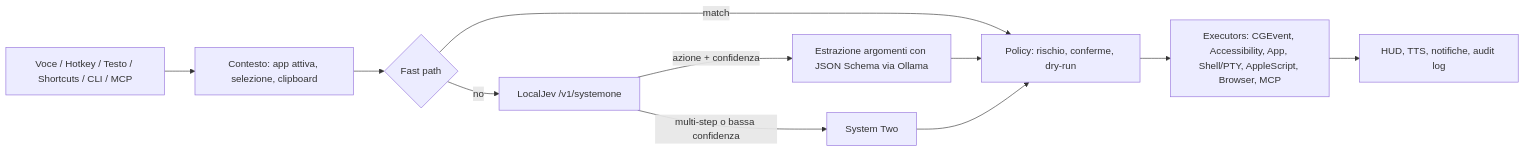
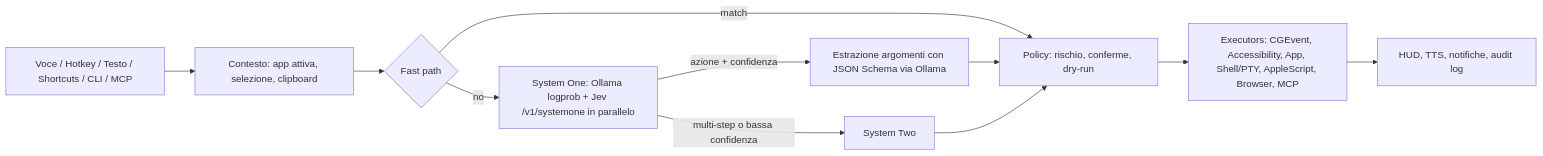
One commit to Carassale/redos changed the second of 2 diagrams in docs/PLAN.md. Above: the diagram before and after it, drawn with Mermaid. The commit also changed other lines of this file and 26 other files, not shown here.

````diff
--- a/docs/PLAN.md
+++ b/docs/PLAN.md
@@ -256,13 +257,13 @@
 ```mermaid
 flowchart LR
   IN[Voce / Hotkey / Testo / Shortcuts / CLI / MCP] --> CTX[Contesto: app attiva, selezione, clipboard]
   CTX --> FP{Fast path}
   FP -->|match| POL
-  FP -->|no| J[LocalJev /v1/systemone]
+  FP -->|no| J[System One: Ollama logprob + Jev /v1/systemone in parallelo]
   J -->|azione + confidenza| ARGS[Estrazione argomenti con JSON Schema via Ollama]
   J -->|multi-step o bassa confidenza| S2[System Two]
   ARGS --> POL[Policy: rischio, conferme, dry-run]
   S2 --> POL
   POL --> EX[Executors: CGEvent, Accessibility, App, Shell/PTY, AppleScript, Browser, MCP]
   EX --> FB[HUD, TTS, notifiche, audit log]
 ```
````
